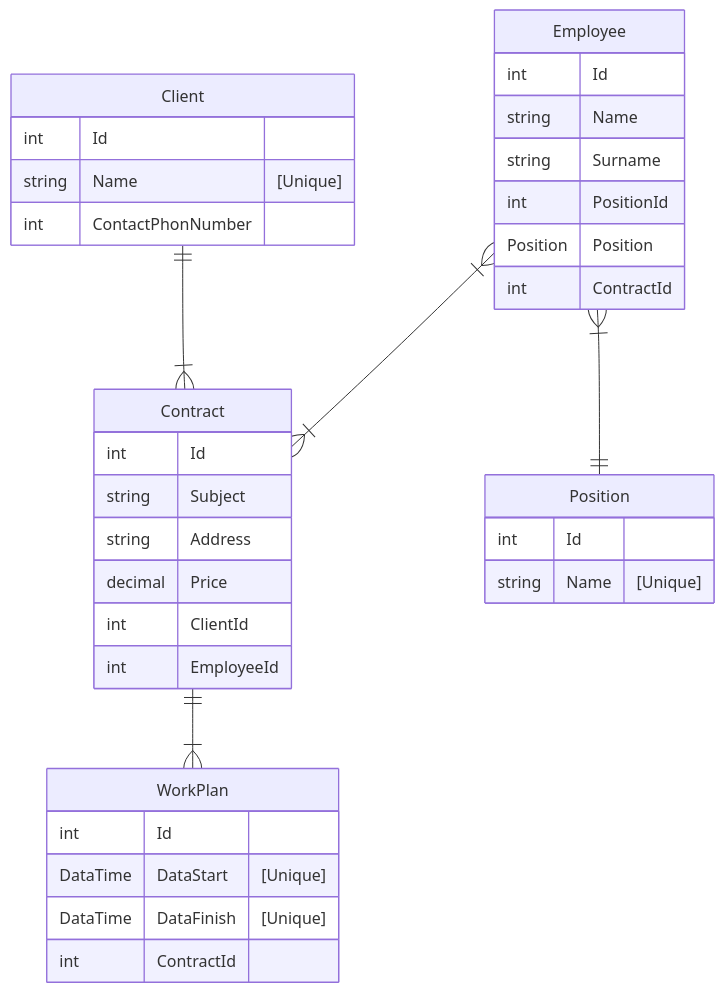
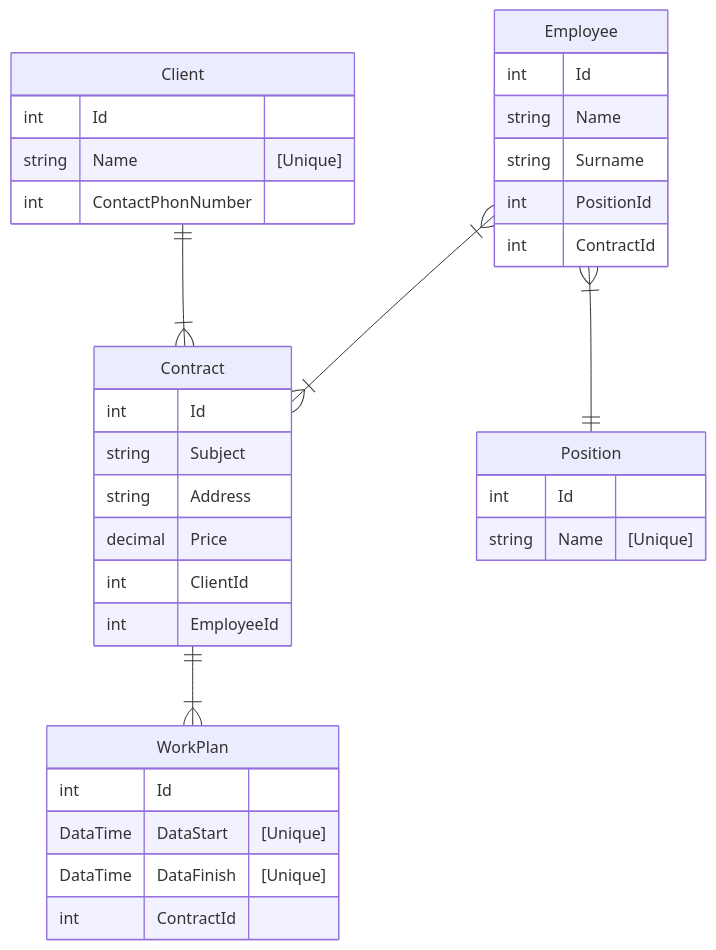
The diagram in README.md (KondratenkoDV/CRM), drawn with Mermaid before and after one commit.

````diff
--- a/README.md
+++ b/README.md
@@ -1,43 +1,42 @@
 ```mermaid
 erDiagram
   Employee }|--|{ Contract : ""
   Client ||--|{ Contract : ""
   Contract ||--|{ WorkPlan : ""
   Employee }|--|| Position : ""
   
   Employee{
       int Id
       string Name
       string Surname
       int PositionId
-      Position Position
       int ContractId
   }
 
   Client{
       int Id
       string Name "[Unique]"
       int ContactPhonNumber
   }
 
   Contract{
       int Id
       string Subject
       string Address
       decimal Price
       int ClientId
       int EmployeeId
   }
 
   WorkPlan{
       int Id
       DataTime DataStart "[Unique]"
       DataTime DataFinish "[Unique]"
       int ContractId
   }
   
   Position{
       int Id
       string Name "[Unique]"
   }
   ```
````
